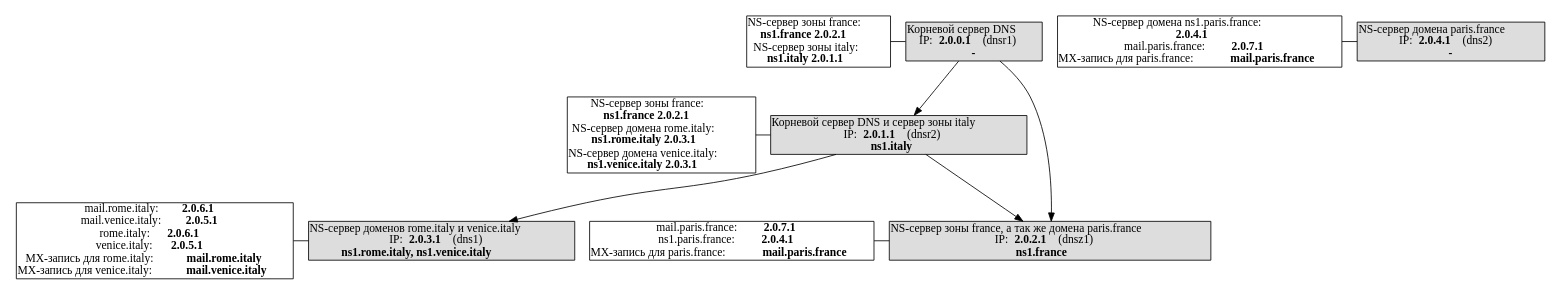
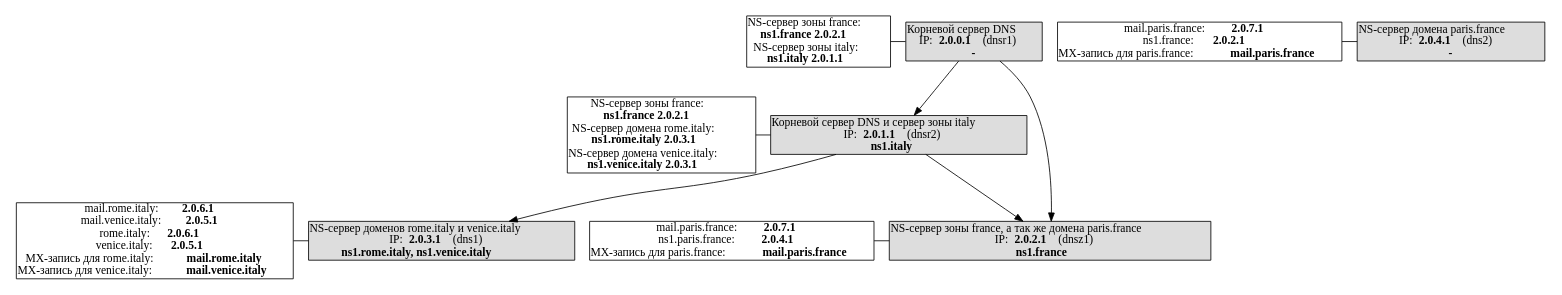
Before and after one commit to afrolovskiy/np: the diagram in lab5/report/graphs/dns.gv, drawn with Graphviz. The commit also changed 1 other file, not shown here.

```diff
--- a/lab5/report/graphs/dns.gv
+++ b/lab5/report/graphs/dns.gv
@@ -1,96 +1,96 @@
 digraph G {
         margin=0;
         node [margin=0];
         
 subgraph cluster_0 {
 color=none;
 rank=same;
 _2_0_3_1 [shape="none", label=<
 <TABLE BGCOLOR="#DDDDDD" CELLPADDING="0" CELLSPACING="0" CELLBORDER="0">
 <TR><TD>NS-сервер доменов rome.italy и venice.italy</TD></TR>
 <TR><TD>IP: <B>2.0.3.1</B> (dns1)</TD></TR>
 <TR><TD><B>ns1.rome.italy, ns1.venice.italy</B></TD></TR>
 </TABLE>>];
 _2_0_3_1_records [shape="none", label=<
 <TABLE BGCOLOR="#FFFFFF" CELLPADDING="0" CELLSPACING="0" CELLBORDER="0">
 <TR><TD>mail.rome.italy: <B>2.0.6.1</B></TD></TR>
 <TR><TD>mail.venice.italy: <B>2.0.5.1</B></TD></TR>
 <TR><TD>rome.italy: <B>2.0.6.1</B></TD></TR>
 <TR><TD>venice.italy: <B>2.0.5.1</B></TD></TR>
 <TR><TD>MX-запись для rome.italy: <B>mail.rome.italy</B></TD></TR>
 <TR><TD>MX-запись для venice.italy: <B>mail.venice.italy</B></TD></TR>
 </TABLE>>];
 _2_0_3_1 -> _2_0_3_1_records [constraint=False, dir=none];
 }
 subgraph cluster_1 {
 color=none;
 rank=same;
 _2_0_1_1 [shape="none", label=<
 <TABLE BGCOLOR="#DDDDDD" CELLPADDING="0" CELLSPACING="0" CELLBORDER="0">
 <TR><TD>Корневой сервер DNS и сервер зоны italy</TD></TR>
 <TR><TD>IP: <B>2.0.1.1</B> (dnsr2)</TD></TR>
 <TR><TD><B>ns1.italy</B></TD></TR>
 </TABLE>>];
 _2_0_1_1_records [shape="none", label=<
 <TABLE BGCOLOR="#FFFFFF" CELLPADDING="0" CELLSPACING="0" CELLBORDER="0">
 <TR><TD>NS-сервер зоны france:</TD></TR><TR><TD><B>ns1.france 2.0.2.1</B></TD></TR>
 <TR><TD>NS-сервер домена rome.italy:</TD></TR><TR><TD><B>ns1.rome.italy 2.0.3.1</B></TD></TR>
 <TR><TD>NS-сервер домена venice.italy:</TD></TR><TR><TD><B>ns1.venice.italy 2.0.3.1</B></TD></TR>
 </TABLE>>];
 _2_0_1_1 -> _2_0_1_1_records [constraint=False, dir=none];
 }
 subgraph cluster_2 {
 color=none;
 rank=same;
 _2_0_0_1 [shape="none", label=<
 <TABLE BGCOLOR="#DDDDDD" CELLPADDING="0" CELLSPACING="0" CELLBORDER="0">
 <TR><TD>Корневой сервер DNS</TD></TR>
 <TR><TD>IP: <B>2.0.0.1</B> (dnsr1)</TD></TR>
 <TR><TD><B>-</B></TD></TR>
 </TABLE>>];
 _2_0_0_1_records [shape="none", label=<
 <TABLE BGCOLOR="#FFFFFF" CELLPADDING="0" CELLSPACING="0" CELLBORDER="0">
 <TR><TD>NS-сервер зоны france:</TD></TR><TR><TD><B>ns1.france 2.0.2.1</B></TD></TR>
 <TR><TD>NS-сервер зоны italy:</TD></TR><TR><TD><B>ns1.italy 2.0.1.1</B></TD></TR>
 </TABLE>>];
 _2_0_0_1 -> _2_0_0_1_records [constraint=False, dir=none];
 }
 subgraph cluster_3 {
 color=none;
 rank=same;
 _2_0_4_1 [shape="none", label=<
 <TABLE BGCOLOR="#DDDDDD" CELLPADDING="0" CELLSPACING="0" CELLBORDER="0">
 <TR><TD>NS-сервер домена paris.france</TD></TR>
 <TR><TD>IP: <B>2.0.4.1</B> (dns2)</TD></TR>
 <TR><TD><B>-</B></TD></TR>
 </TABLE>>];
 _2_0_4_1_records [shape="none", label=<
 <TABLE BGCOLOR="#FFFFFF" CELLPADDING="0" CELLSPACING="0" CELLBORDER="0">
-<TR><TD>NS-сервер домена ns1.paris.france:</TD></TR><TR><TD><B>2.0.4.1 </B></TD></TR>
 <TR><TD>mail.paris.france: <B>2.0.7.1</B></TD></TR>
+<TR><TD>ns1.france: <B>2.0.2.1</B></TD></TR>
 <TR><TD>MX-запись для paris.france: <B>mail.paris.france</B></TD></TR>
 </TABLE>>];
 _2_0_4_1 -> _2_0_4_1_records [constraint=False, dir=none];
 }
 subgraph cluster_4 {
 color=none;
 rank=same;
 _2_0_2_1 [shape="none", label=<
 <TABLE BGCOLOR="#DDDDDD" CELLPADDING="0" CELLSPACING="0" CELLBORDER="0">
 <TR><TD>NS-сервер зоны france, а так же домена paris.france</TD></TR>
 <TR><TD>IP: <B>2.0.2.1</B> (dnsz1)</TD></TR>
 <TR><TD><B>ns1.france</B></TD></TR>
 </TABLE>>];
 _2_0_2_1_records [shape="none", label=<
 <TABLE BGCOLOR="#FFFFFF" CELLPADDING="0" CELLSPACING="0" CELLBORDER="0">
 <TR><TD>mail.paris.france: <B>2.0.7.1</B></TD></TR>
 <TR><TD>ns1.paris.france: <B>2.0.4.1</B></TD></TR>
 <TR><TD>MX-запись для paris.france: <B>mail.paris.france</B></TD></TR>
 </TABLE>>];
 _2_0_2_1 -> _2_0_2_1_records [constraint=False, dir=none];
 }
 _2_0_0_1 -> _2_0_1_1;
 _2_0_0_1 -> _2_0_2_1;
 _2_0_1_1 -> _2_0_3_1;
 _2_0_1_1 -> _2_0_2_1;
 }
```
